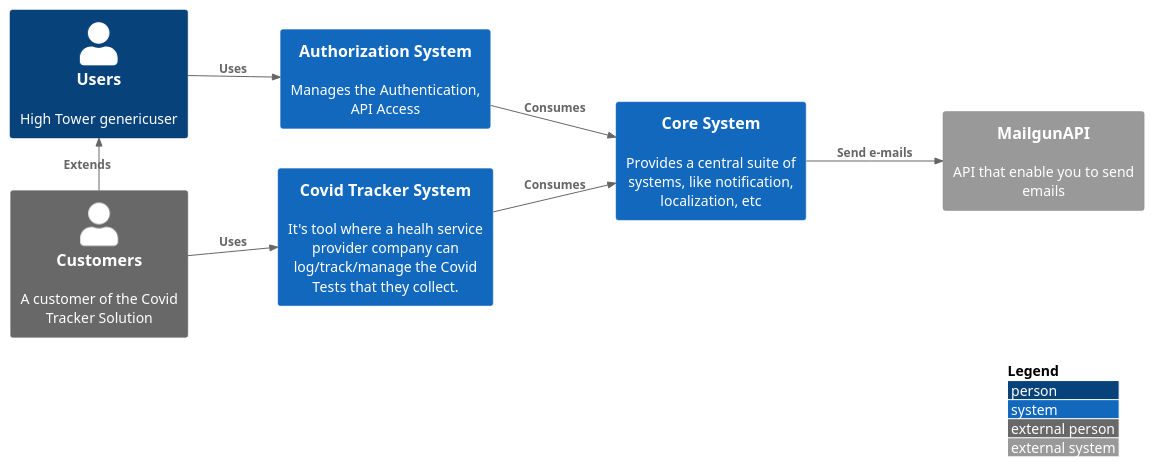
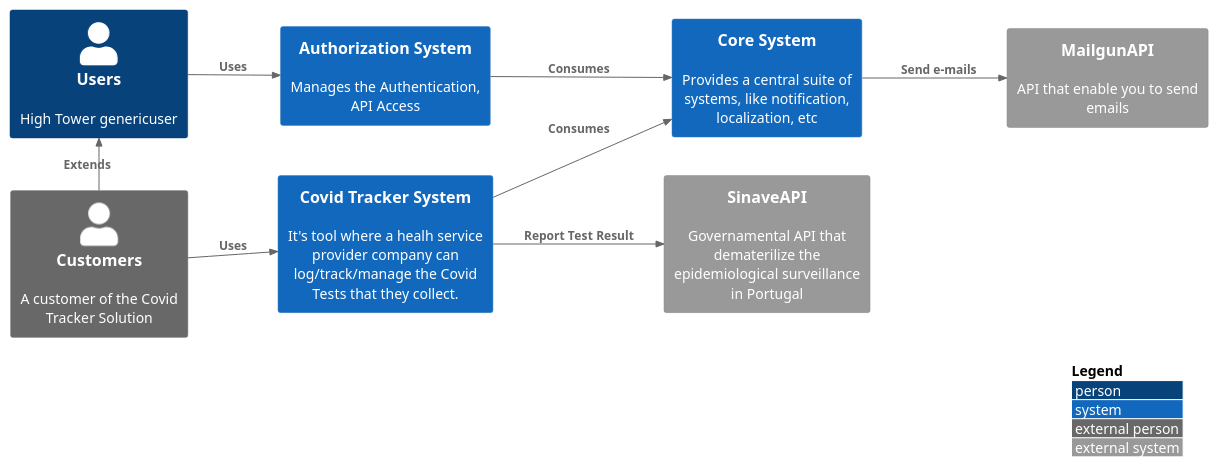
Before and after one commit to Huge-Tower/HT-Ecosystem: the diagram in src/context.puml, drawn with PlantUML.

Commit message:
Include Sinave

```diff
--- a/src/context.puml
+++ b/src/context.puml
@@ -1,27 +1,32 @@
 @startuml Context
 !include https://raw.githubusercontent.com/adrianvlupu/C4-PlantUML/latest/C4_Context.puml
 LAYOUT_LEFT_RIGHT()
 LAYOUT_WITH_LEGEND()
 
 System(authsys, "Authorization System", "Manages the Authentication, API Access")
 System(coresys, "Core System", "Provides a central suite of systems, like notification, localization, etc")
 Rel(authsys, coresys, "Consumes")
 Person(htuser, "Users", "High Tower genericuser")
 Rel(htuser, authsys, "Uses")
 
 System_Ext(mailgunAPI, "MailgunAPI", "API that enable you to send emails")
+
+System_Ext(sinaveAPI, "SinaveAPI", "Governamental API that dematerilize the epidemiological surveillance in Portugal")
+
 Rel(coresys, mailgunAPI, "Send e-mails")
 
 Person_Ext(covidtrackeruser, "Customers", "A customer of the Covid Tracker Solution")
 System(covidtrackersys, "Covid Tracker System","It's tool where a healh service provider company can log/track/manage the Covid Tests that they collect.")
 Rel_L(covidtrackeruser,htuser , "Extends")
 Rel(covidtrackersys, coresys, "Consumes")
 Rel(covidtrackeruser, covidtrackersys, "Uses")
 
+Rel(covidtrackersys, sinaveAPI, "Report Test Result")
+
 ' System(futuresys, "'Future' System", "Future System")
 ' Person_Ext(futureUsersys, "Future User")
 ' Rel(futureUsersys, futuresys, "Uses")
 ' Rel(futureUsersys,htuser , "Extends")
 ' Rel(futuresys, coresys, "Consumes")
 
 @enduml
```
